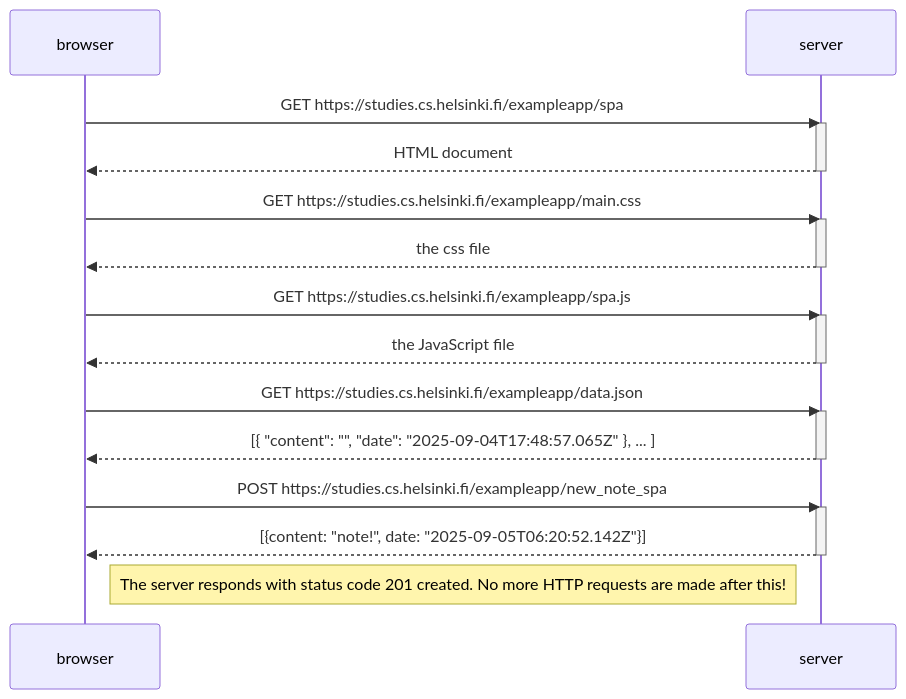
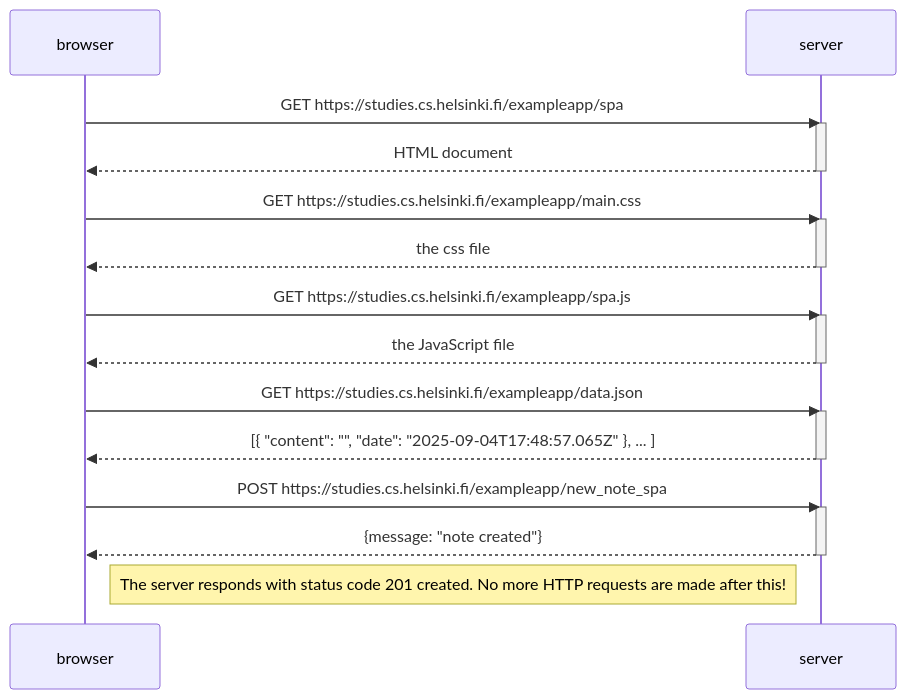
Before and after one commit to mishalyn-mei-ilmeng/part0-fullstackopen: the diagram in 06.md, drawn with Mermaid.

````diff
--- a/06.md
+++ b/06.md
@@ -1,32 +1,32 @@
 ```mermaid
 sequenceDiagram
     participant browser
     participant server
 
     browser->>server: GET https://studies.cs.helsinki.fi/exampleapp/spa
     activate server
     server-->>browser: HTML document
     deactivate server
 
     browser->>server: GET https://studies.cs.helsinki.fi/exampleapp/main.css
     activate server
     server-->>browser: the css file
     deactivate server
 
     browser->>server: GET https://studies.cs.helsinki.fi/exampleapp/spa.js
     activate server
     server-->>browser: the JavaScript file
     deactivate server
 
     browser->>server: GET https://studies.cs.helsinki.fi/exampleapp/data.json
     activate server
     server-->>browser: [{ "content": "", "date": "2025-09-04T17:48:57.065Z" }, ... ]
     deactivate server
 
     browser->>server: POST https://studies.cs.helsinki.fi/exampleapp/new_note_spa
     activate server
-    server-->>browser: [{content: "note!", date: "2025-09-05T06:20:52.142Z"}]
+    server-->>browser: {message: "note created"}
     deactivate server
 
     Note right of browser: The server responds with status code 201 created. No more HTTP requests are made after this!
 ```
````
